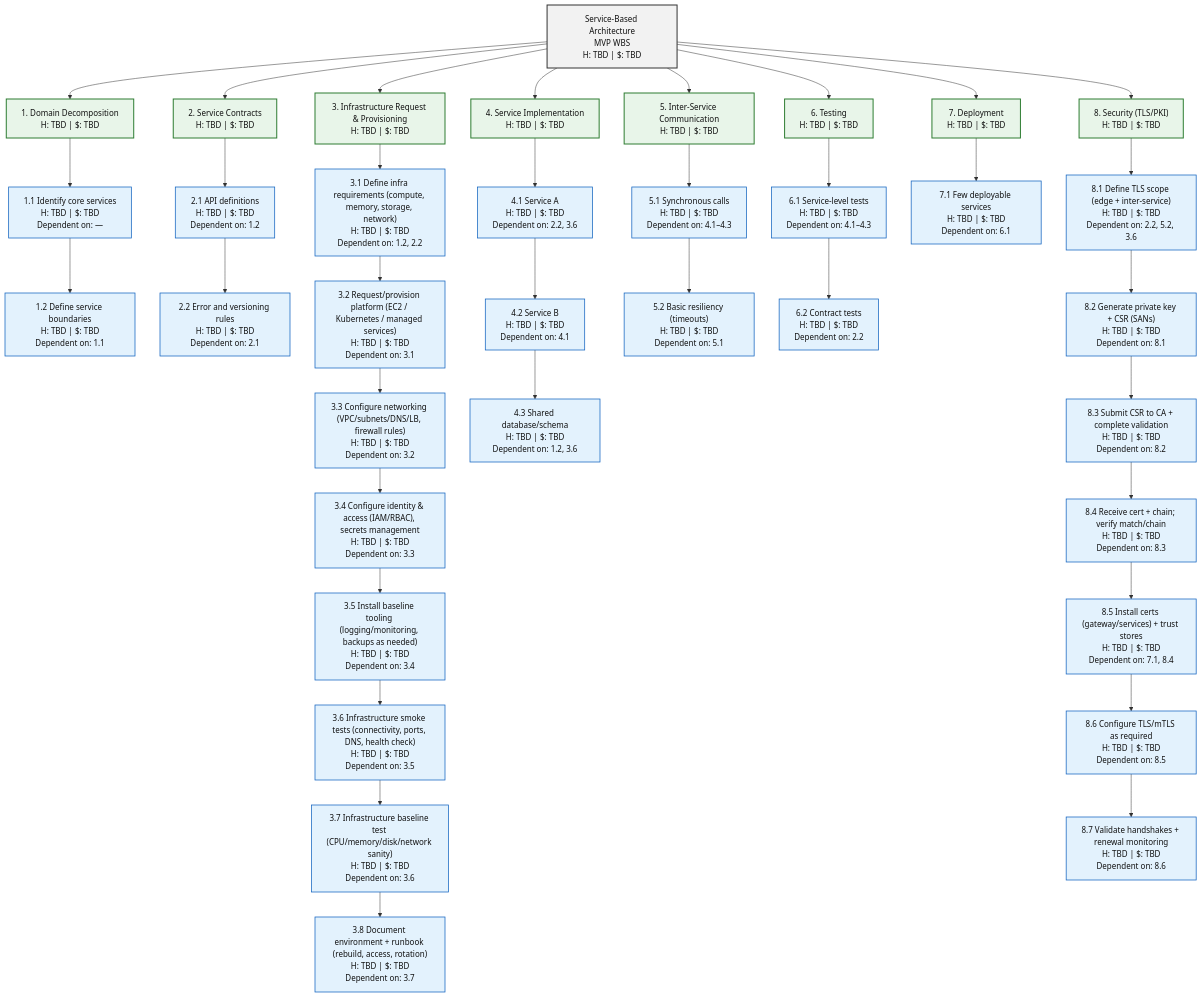
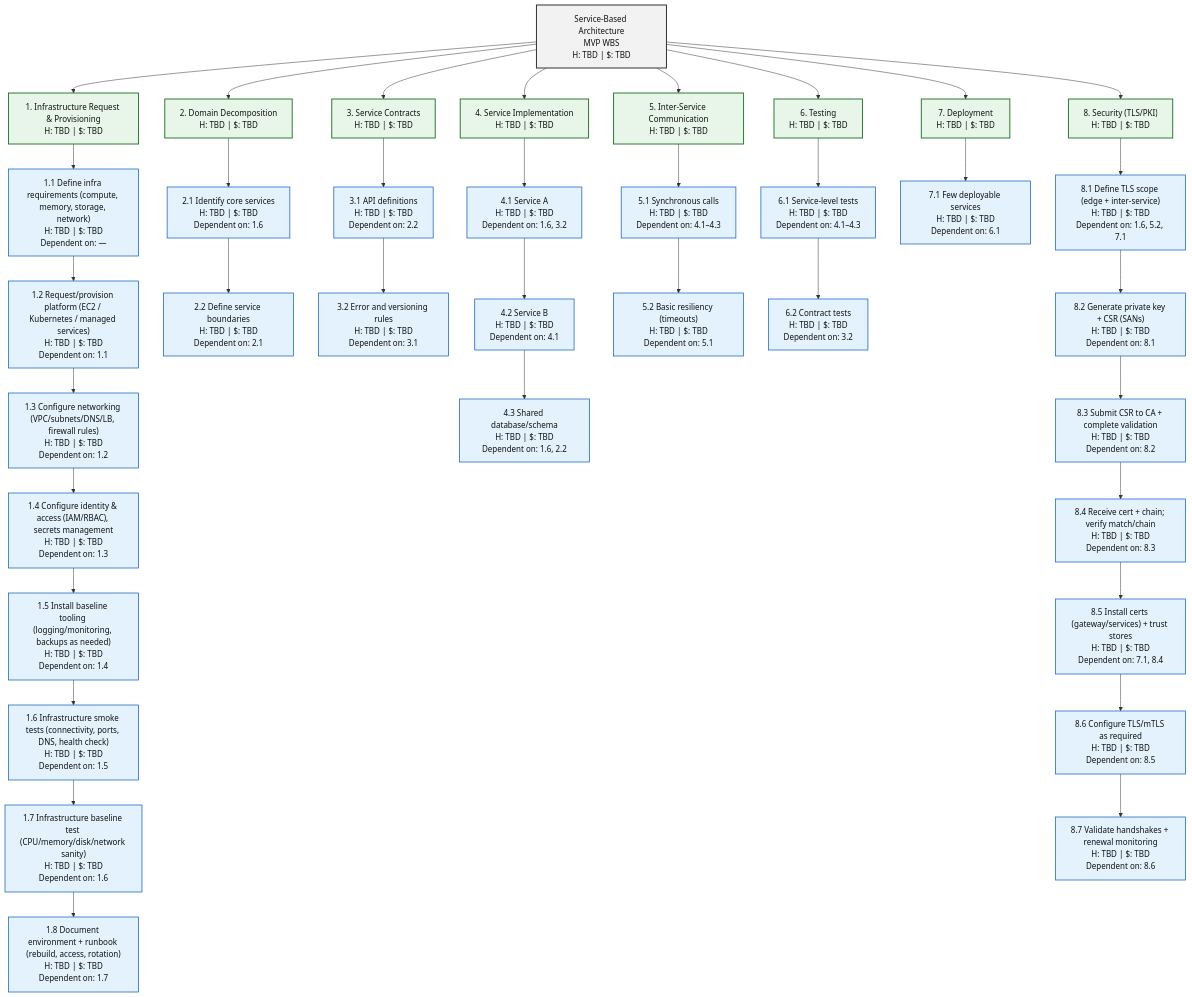
Before and after one commit to lopez-larry/arch-design-documentation: the fourth of 8 diagrams in 30-architecture-styles/5-architecture-style-wbs-overview.md, drawn with Mermaid. The commit also changed other lines of this file, not shown here.

````diff
--- a/30-architecture-styles/5-architecture-style-wbs-overview.md
+++ b/30-architecture-styles/5-architecture-style-wbs-overview.md
@@ -178,52 +177,52 @@
 ```mermaid
 flowchart TB
   A["Service-Based Architecture<br/>MVP WBS<br/>H: TBD | $: TBD"]:::summary
 
-  A --> B["1. Domain Decomposition<br/>H: TBD | $: TBD"]:::phase
-  A --> C["2. Service Contracts<br/>H: TBD | $: TBD"]:::phase
-  A --> I["3. Infrastructure Request & Provisioning<br/>H: TBD | $: TBD"]:::phase
+  A --> I["1. Infrastructure Request & Provisioning<br/>H: TBD | $: TBD"]:::phase
+  A --> B["2. Domain Decomposition<br/>H: TBD | $: TBD"]:::phase
+  A --> C["3. Service Contracts<br/>H: TBD | $: TBD"]:::phase
   A --> D["4. Service Implementation<br/>H: TBD | $: TBD"]:::phase
   A --> E["5. Inter-Service Communication<br/>H: TBD | $: TBD"]:::phase
   A --> F["6. Testing<br/>H: TBD | $: TBD"]:::phase
   A --> G["7. Deployment<br/>H: TBD | $: TBD"]:::phase
   A --> H["8. Security (TLS/PKI)<br/>H: TBD | $: TBD"]:::phase
 
-  B --> B1["1.1 Identify core services<br/>H: TBD | $: TBD<br/>Dependent on: —"]:::task
-  B1 --> B2["1.2 Define service boundaries<br/>H: TBD | $: TBD<br/>Dependent on: 1.1"]:::task
+  I --> I1["1.1 Define infra requirements (compute, memory, storage, network)<br/>H: TBD | $: TBD<br/>Dependent on: —"]:::task
+  I1 --> I2["1.2 Request/provision platform (EC2 / Kubernetes / managed services)<br/>H: TBD | $: TBD<br/>Dependent on: 1.1"]:::task
+  I2 --> I3["1.3 Configure networking (VPC/subnets/DNS/LB, firewall rules)<br/>H: TBD | $: TBD<br/>Dependent on: 1.2"]:::task
+  I3 --> I4["1.4 Configure identity & access (IAM/RBAC), secrets management<br/>H: TBD | $: TBD<br/>Dependent on: 1.3"]:::task
+  I4 --> I5["1.5 Install baseline tooling (logging/monitoring, backups as needed)<br/>H: TBD | $: TBD<br/>Dependent on: 1.4"]:::task
+  I5 --> I6["1.6 Infrastructure smoke tests (connectivity, ports, DNS, health check)<br/>H: TBD | $: TBD<br/>Dependent on: 1.5"]:::task
+  I6 --> I7["1.7 Infrastructure baseline test (CPU/memory/disk/network sanity)<br/>H: TBD | $: TBD<br/>Dependent on: 1.6"]:::task
+  I7 --> I8["1.8 Document environment + runbook (rebuild, access, rotation)<br/>H: TBD | $: TBD<br/>Dependent on: 1.7"]:::task
 
-  C --> C1["2.1 API definitions<br/>H: TBD | $: TBD<br/>Dependent on: 1.2"]:::task
-  C1 --> C2["2.2 Error and versioning rules<br/>H: TBD | $: TBD<br/>Dependent on: 2.1"]:::task
+  B --> B1["2.1 Identify core services<br/>H: TBD | $: TBD<br/>Dependent on: 1.6"]:::task
+  B1 --> B2["2.2 Define service boundaries<br/>H: TBD | $: TBD<br/>Dependent on: 2.1"]:::task
 
-  I --> I1["3.1 Define infra requirements (compute, memory, storage, network)<br/>H: TBD | $: TBD<br/>Dependent on: 1.2, 2.2"]:::task
-  I1 --> I2["3.2 Request/provision platform (EC2 / Kubernetes / managed services)<br/>H: TBD | $: TBD<br/>Dependent on: 3.1"]:::task
-  I2 --> I3["3.3 Configure networking (VPC/subnets/DNS/LB, firewall rules)<br/>H: TBD | $: TBD<br/>Dependent on: 3.2"]:::task
-  I3 --> I4["3.4 Configure identity & access (IAM/RBAC), secrets management<br/>H: TBD | $: TBD<br/>Dependent on: 3.3"]:::task
-  I4 --> I5["3.5 Install baseline tooling (logging/monitoring, backups as needed)<br/>H: TBD | $: TBD<br/>Dependent on: 3.4"]:::task
-  I5 --> I6["3.6 Infrastructure smoke tests (connectivity, ports, DNS, health check)<br/>H: TBD | $: TBD<br/>Dependent on: 3.5"]:::task
-  I6 --> I7["3.7 Infrastructure baseline test (CPU/memory/disk/network sanity)<br/>H: TBD | $: TBD<br/>Dependent on: 3.6"]:::task
-  I7 --> I8["3.8 Document environment + runbook (rebuild, access, rotation)<br/>H: TBD | $: TBD<br/>Dependent on: 3.7"]:::task
+  C --> C1["3.1 API definitions<br/>H: TBD | $: TBD<br/>Dependent on: 2.2"]:::task
+  C1 --> C2["3.2 Error and versioning rules<br/>H: TBD | $: TBD<br/>Dependent on: 3.1"]:::task
 
-  D --> D1["4.1 Service A<br/>H: TBD | $: TBD<br/>Dependent on: 2.2, 3.6"]:::task
+  D --> D1["4.1 Service A<br/>H: TBD | $: TBD<br/>Dependent on: 1.6, 3.2"]:::task
   D1 --> D2["4.2 Service B<br/>H: TBD | $: TBD<br/>Dependent on: 4.1"]:::task
-  D2 --> D3["4.3 Shared database/schema<br/>H: TBD | $: TBD<br/>Dependent on: 1.2, 3.6"]:::task
+  D2 --> D3["4.3 Shared database/schema<br/>H: TBD | $: TBD<br/>Dependent on: 1.6, 2.2"]:::task
 
   E --> E1["5.1 Synchronous calls<br/>H: TBD | $: TBD<br/>Dependent on: 4.1–4.3"]:::task
   E1 --> E2["5.2 Basic resiliency (timeouts)<br/>H: TBD | $: TBD<br/>Dependent on: 5.1"]:::task
 
   F --> F1["6.1 Service-level tests<br/>H: TBD | $: TBD<br/>Dependent on: 4.1–4.3"]:::task
-  F1 --> F2["6.2 Contract tests<br/>H: TBD | $: TBD<br/>Dependent on: 2.2"]:::task
+  F1 --> F2["6.2 Contract tests<br/>H: TBD | $: TBD<br/>Dependent on: 3.2"]:::task
 
   G --> G1["7.1 Few deployable services<br/>H: TBD | $: TBD<br/>Dependent on: 6.1"]:::task
 
-  H --> H1["8.1 Define TLS scope (edge + inter-service)<br/>H: TBD | $: TBD<br/>Dependent on: 2.2, 5.2, 3.6"]:::task
+  H --> H1["8.1 Define TLS scope (edge + inter-service)<br/>H: TBD | $: TBD<br/>Dependent on: 1.6, 5.2, 7.1"]:::task
   H1 --> H2["8.2 Generate private key + CSR (SANs)<br/>H: TBD | $: TBD<br/>Dependent on: 8.1"]:::task
   H2 --> H3["8.3 Submit CSR to CA + complete validation<br/>H: TBD | $: TBD<br/>Dependent on: 8.2"]:::task
   H3 --> H4["8.4 Receive cert + chain; verify match/chain<br/>H: TBD | $: TBD<br/>Dependent on: 8.3"]:::task
   H4 --> H5["8.5 Install certs (gateway/services) + trust stores<br/>H: TBD | $: TBD<br/>Dependent on: 7.1, 8.4"]:::task
   H5 --> H6["8.6 Configure TLS/mTLS as required<br/>H: TBD | $: TBD<br/>Dependent on: 8.5"]:::task
   H6 --> H7["8.7 Validate handshakes + renewal monitoring<br/>H: TBD | $: TBD<br/>Dependent on: 8.6"]:::task
 
   classDef summary fill:#f2f2f2,stroke:#333,stroke-width:2px,color:#111;
   classDef phase fill:#e8f5e9,stroke:#2e7d32,stroke-width:2px,color:#111;
   classDef task fill:#e3f2fd,stroke:#1565c0,stroke-width:1.5px,color:#111;
 ```
````
